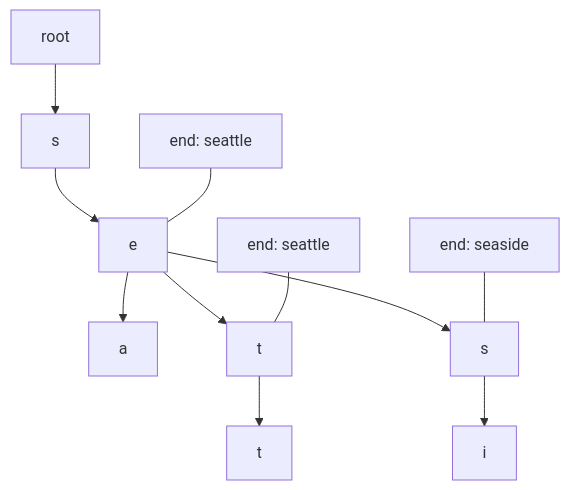
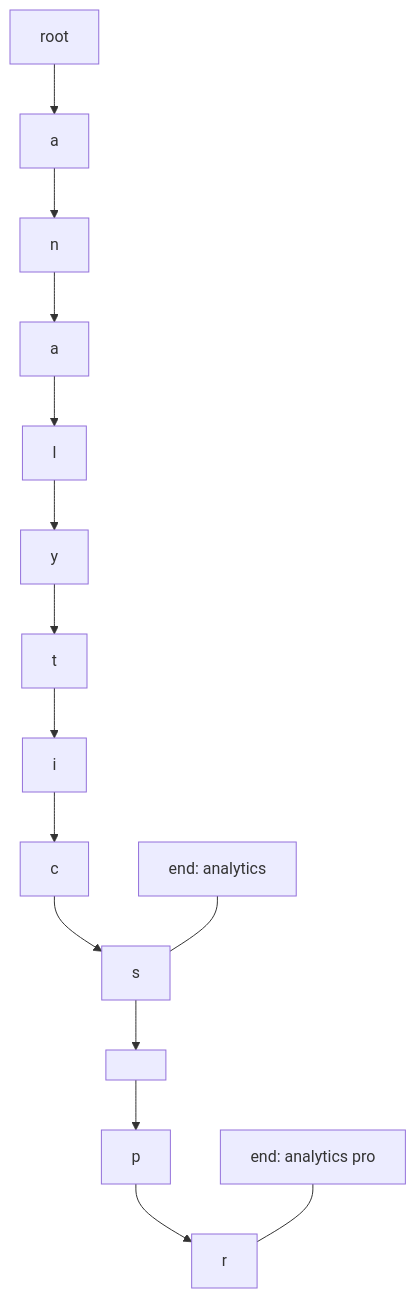
Before and after one commit to qgjones9/python-programming-guide: the first of 8 diagrams in docs/dsa/data-structures/tries/index.md, drawn with Mermaid. The commit also changed other lines of this file and 19 other files, not shown here.

````diff
--- a/docs/dsa/data-structures/tries/index.md
+++ b/docs/dsa/data-structures/tries/index.md
@@ -30,14 +30,18 @@
 ```mermaid
 flowchart TB
   R["root"]
-  R --> S["s"]
-  S --> E["e"]
-  E --> A["a"]
-  EA["end: seattle"] --- E
-  E --> T["t"]
-  T --> T2["t"]
-  TT["end: seattle"] --- T
-  E --> S2["s"]
-  S2 --> I["i"]
-  SI["end: seaside"] --- S2
+  R --> A["a"]
+  A --> N["n"]
+  N --> A2["a"]
+  A2 --> L["l"]
+  L --> Y["y"]
+  Y --> T["t"]
+  T --> I["i"]
+  I --> C["c"]
+  C --> S["s"]
+  EA["end: analytics"] --- S
+  S --> SP[" "]
+  SP --> P["p"]
+  P --> R2["r"]
+  PR["end: analytics pro"] --- R2
 ```
````
